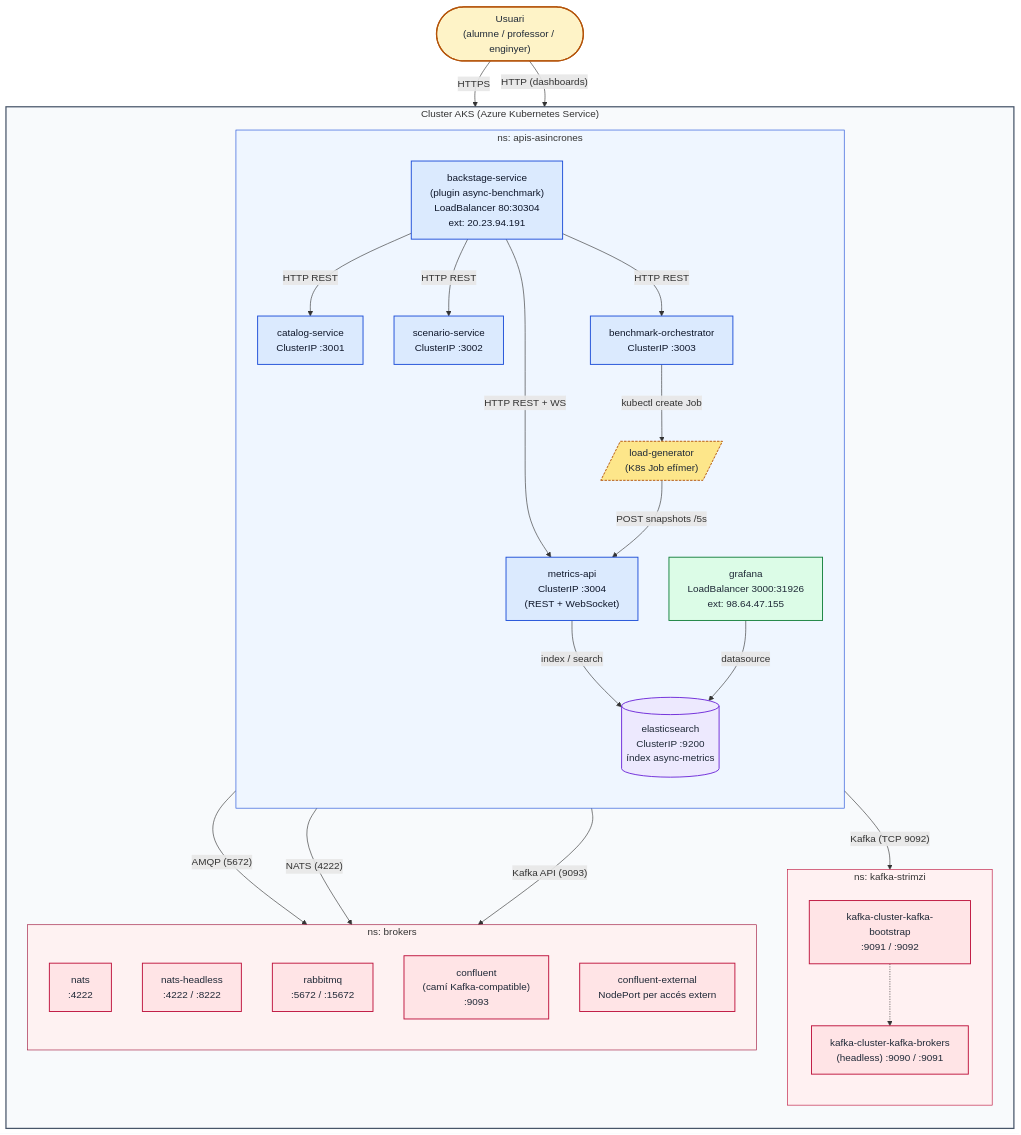
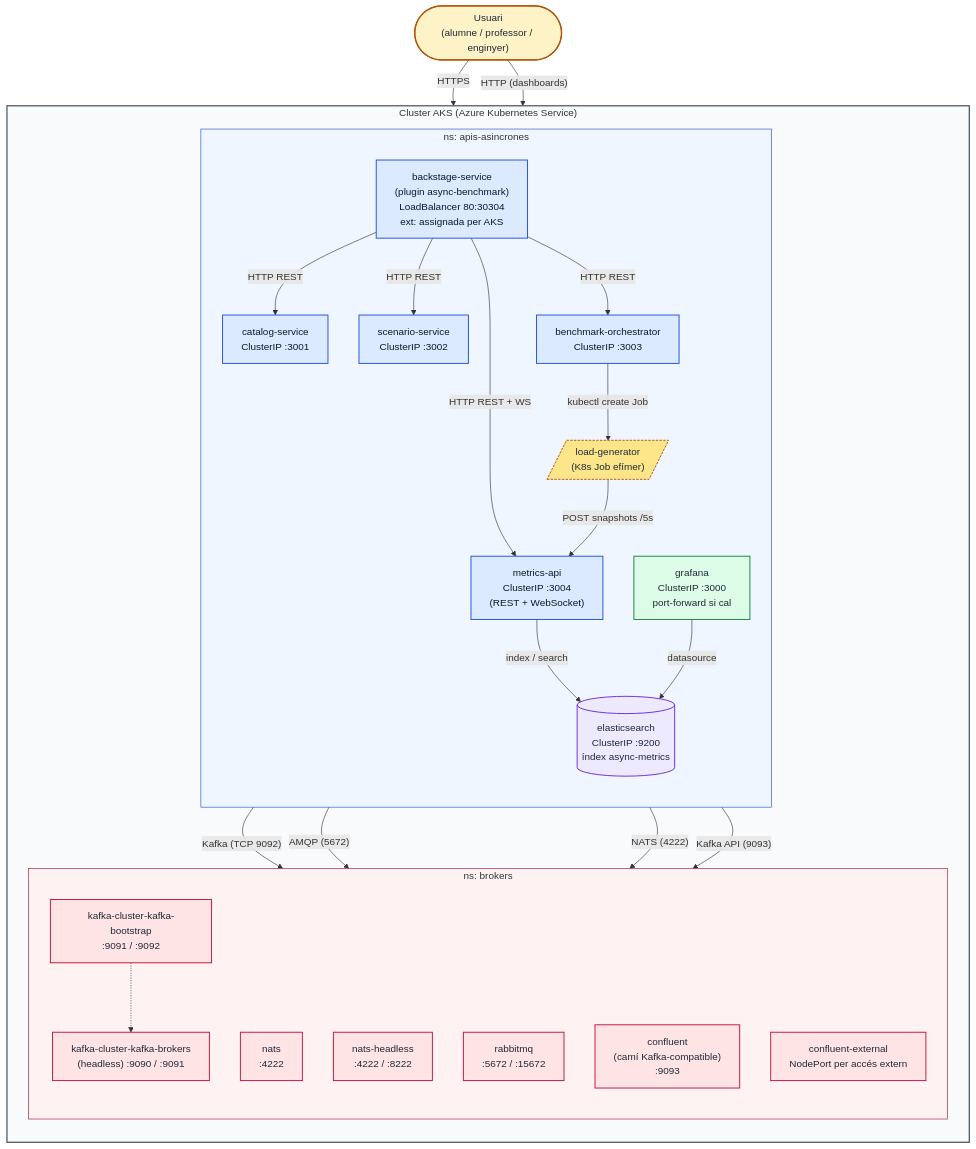
One commit to marcfontt/apis-asincrones changed the diagram in docs/architecture.md. Above: the diagram before and after it, drawn with Mermaid. The commit also changed other lines of this file and 22 other files, not shown here.

````diff
--- a/docs/architecture.md
+++ b/docs/architecture.md
@@ -23,80 +29,74 @@
 ```mermaid
 flowchart TB
     %% Usuari extern
     user(["Usuari<br/>(alumne / professor / enginyer)"]):::external
 
     %% Cluster AKS
     subgraph cluster["Cluster AKS (Azure Kubernetes Service)"]
         direction TB
 
         %% Namespace: apis-asincrones
         subgraph nsApp["ns: apis-asincrones"]
             direction TB
-            backstage["backstage-service<br/>(plugin async-benchmark)<br/>LoadBalancer 80:30304<br/>ext: 20.23.94.191"]:::app
+            backstage["backstage-service<br/>(plugin async-benchmark)<br/>LoadBalancer 80:30304<br/>ext: assignada per AKS"]:::app
             catalog["catalog-service<br/>ClusterIP :3001"]:::app
             scenario["scenario-service<br/>ClusterIP :3002"]:::app
             orchestrator["benchmark-orchestrator<br/>ClusterIP :3003"]:::app
             metrics["metrics-api<br/>ClusterIP :3004<br/>(REST + WebSocket)"]:::app
             es[("elasticsearch<br/>ClusterIP :9200<br/>índex async-metrics")]:::data
-            grafana["grafana<br/>LoadBalancer 3000:31926<br/>ext: 98.64.47.155"]:::obs
+            grafana["grafana<br/>ClusterIP :3000<br/>port-forward si cal"]:::obs
             loadgen[/"load-generator<br/>(K8s Job efímer)"/]:::job
-        end
-
-        %% Namespace: kafka-strimzi
-        subgraph nsKafka["ns: kafka-strimzi"]
-            direction TB
-            kafkaBoot["kafka-cluster-kafka-bootstrap<br/>:9091 / :9092"]:::broker
-            kafkaBrokers["kafka-cluster-kafka-brokers<br/>(headless) :9090 / :9091"]:::broker
         end
 
         %% Namespace: brokers
         subgraph nsBrokers["ns: brokers"]
             direction TB
+            kafkaBoot["kafka-cluster-kafka-bootstrap<br/>:9091 / :9092"]:::broker
+            kafkaBrokers["kafka-cluster-kafka-brokers<br/>(headless) :9090 / :9091"]:::broker
             nats["nats<br/>:4222"]:::broker
             natsHl["nats-headless<br/>:4222 / :8222"]:::broker
             rabbit["rabbitmq<br/>:5672 / :15672"]:::broker
             confluent["confluent<br/>(camí Kafka-compatible)<br/>:9093"]:::broker
             confluentExt["confluent-external<br/>NodePort per accés extern"]:::broker
         end
     end
 
     %% Flux de l'usuari
     user -- "HTTPS" --> backstage
     user -- "HTTP (dashboards)" --> grafana
 
     %% Plugin -> backends interns
     backstage -- "HTTP REST" --> catalog
     backstage -- "HTTP REST" --> scenario
     backstage -- "HTTP REST" --> orchestrator
     backstage -- "HTTP REST + WS" --> metrics
 
     %% Orquestrador desplega Jobs
     orchestrator -- "kubectl create Job" --> loadgen
 
     %% Load generator -> brokers
     loadgen -- "Kafka (TCP 9092)" --> kafkaBoot
     loadgen -- "AMQP (5672)" --> rabbit
     loadgen -- "NATS (4222)" --> nats
     loadgen -- "Kafka API (9093)" --> confluent
 
     %% Mètriques
     loadgen -- "POST snapshots /5s" --> metrics
     metrics -- "index / search" --> es
     grafana -- "datasource" --> es
 
     %% Strimzi internal
     kafkaBoot -.-> kafkaBrokers
 
     %% Estils per namespace
     classDef external fill:#fef3c7,stroke:#b45309,stroke-width:2px,color:#1f2937;
     classDef app     fill:#dbeafe,stroke:#1d4ed8,stroke-width:1.5px,color:#0f172a;
     classDef data    fill:#ede9fe,stroke:#6d28d9,stroke-width:1.5px,color:#1f2937;
     classDef obs     fill:#dcfce7,stroke:#15803d,stroke-width:1.5px,color:#1f2937;
     classDef broker  fill:#ffe4e6,stroke:#be123c,stroke-width:1.5px,color:#1f2937;
     classDef job     fill:#fde68a,stroke:#b45309,stroke-width:1.5px,color:#1f2937,stroke-dasharray: 4 2;
 
     style cluster   fill:#f8fafc,stroke:#475569,stroke-width:2px
     style nsApp     fill:#eff6ff,stroke:#1d4ed8,stroke-width:1px
-    style nsKafka   fill:#fff1f2,stroke:#be123c,stroke-width:1px
     style nsBrokers fill:#fef2f2,stroke:#9f1239,stroke-width:1px
 ```
````
